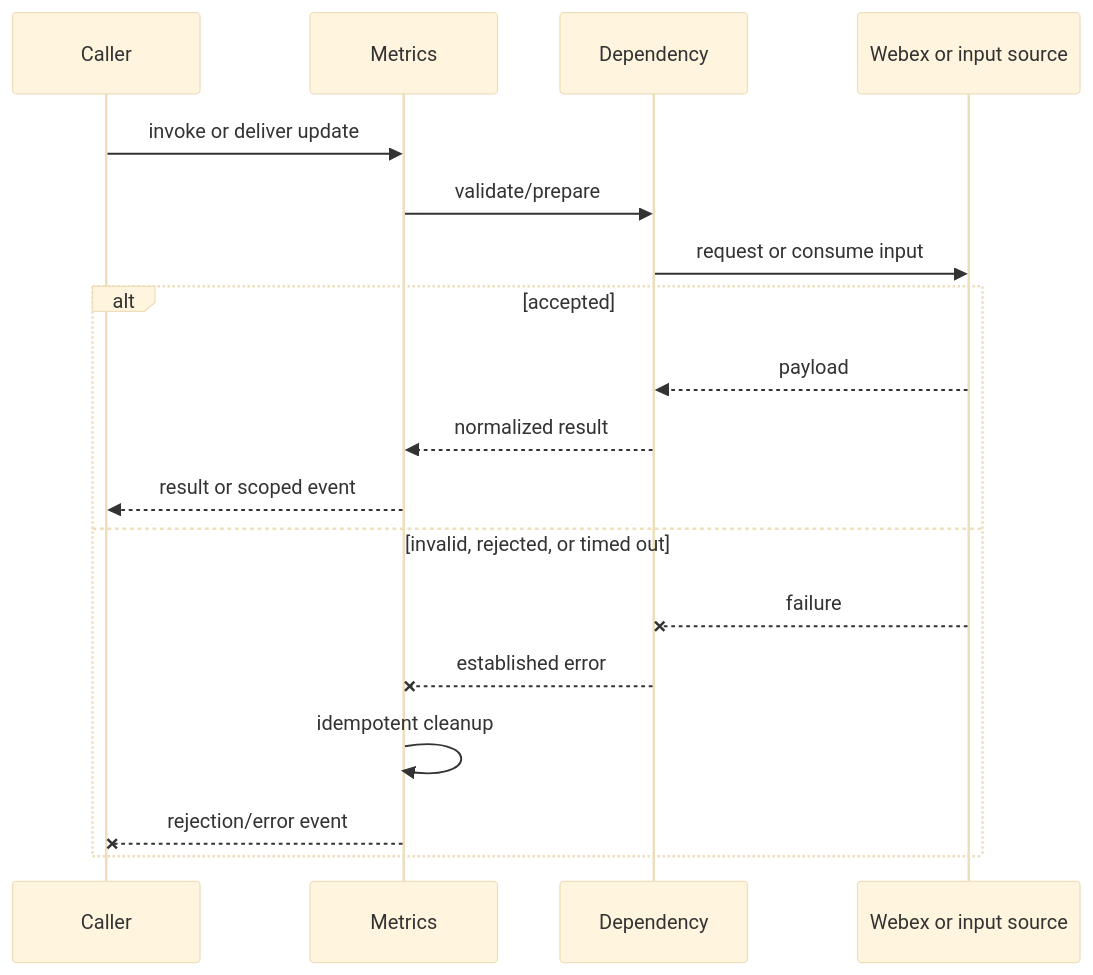
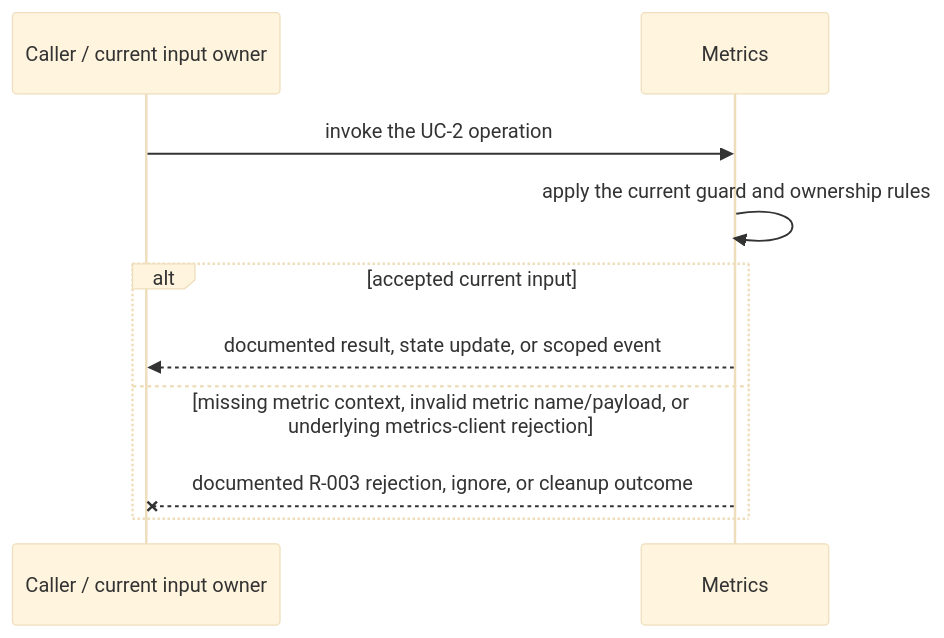
Before and after one commit to webex/webex-js-sdk: the third of 4 diagrams in packages/@webex/plugin-meetings/src/metrics/ai-docs/metrics-spec.md, drawn with Mermaid (base theme). The commit also changed other lines of this file and 26 other files, not shown here.

````diff
--- a/packages/@webex/plugin-meetings/src/metrics/ai-docs/metrics-spec.md
+++ b/packages/@webex/plugin-meetings/src/metrics/ai-docs/metrics-spec.md
@@ -119,20 +130,12 @@
 ```mermaid
 sequenceDiagram
-  participant C as Caller
+  participant C as Caller / current input owner
   participant M as Metrics
-  participant D as Dependency
-  participant W as Webex or input source
-  C->>M: invoke or deliver update
-  M->>D: validate/prepare
-  D->>W: request or consume input
-  alt accepted
-    W-->>D: payload
-    D-->>M: normalized result
-    M-->>C: result or scoped event
-  else invalid, rejected, or timed out
-    W--xD: failure
-    D--xM: established error
-    M->>M: idempotent cleanup
-    M--xC: rejection/error event
+  C->>M: invoke the UC-2 operation
+  M->>M: apply the current guard and ownership rules
+  alt accepted current input
+    M-->>C: documented result, state update, or scoped event
+  else missing metric context, invalid metric name/payload, or underlying metrics-client rejection
+    M--xC: documented R-003 rejection, ignore, or cleanup outcome
   end
 ```
````
